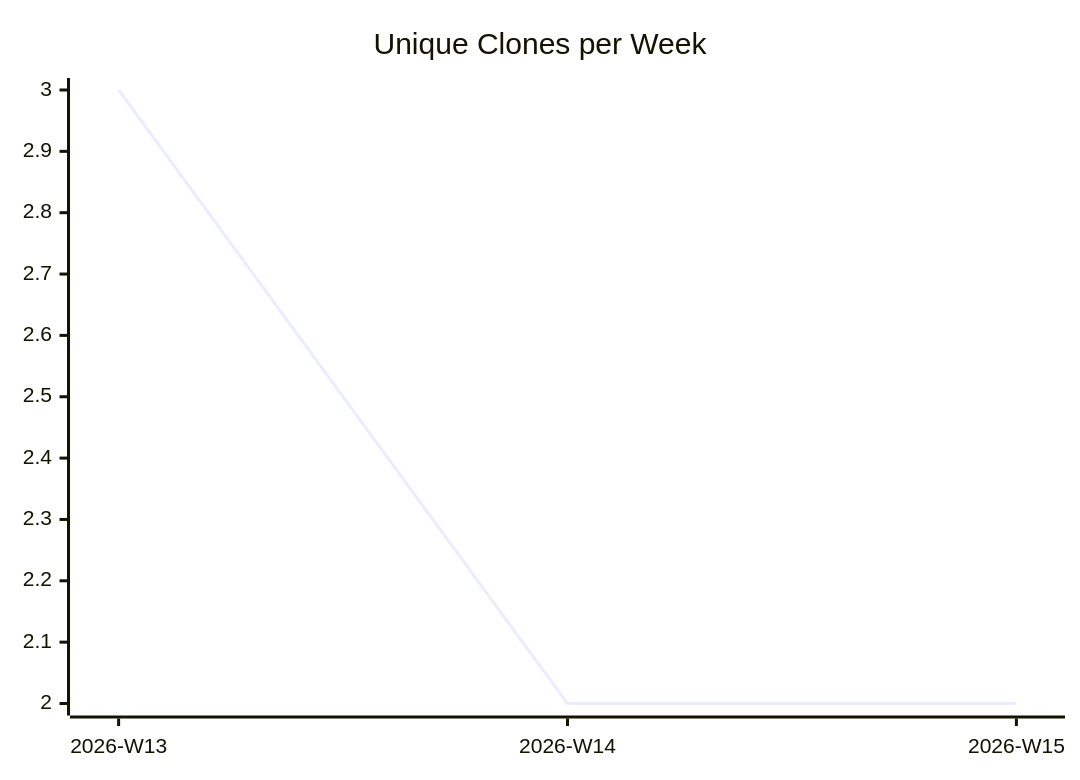
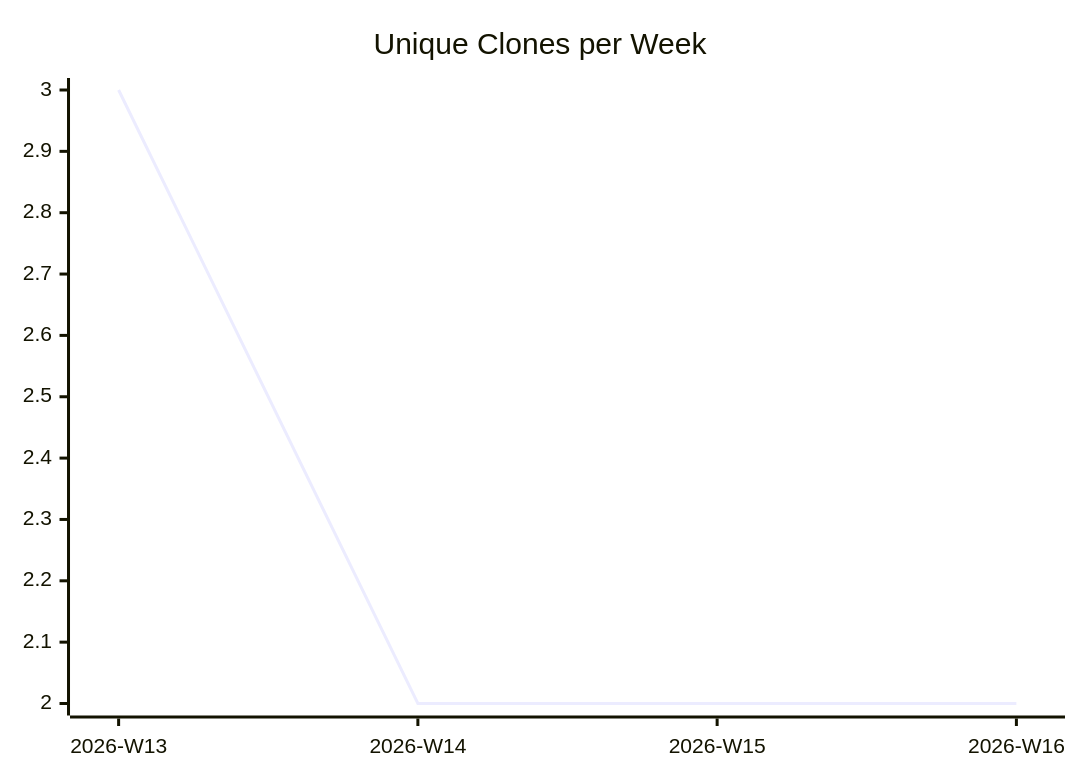
One commit to justdavis-family/github-analytics-data changed the third of 3 diagrams in karlmdavis/can-i-kayak-baltimore/README.md. Above: the diagram before and after it, drawn with Mermaid. The commit also changed other lines of this file and 176 other files, not shown here.

````diff
--- a/karlmdavis/can-i-kayak-baltimore/README.md
+++ b/karlmdavis/can-i-kayak-baltimore/README.md
@@ -19,6 +19,6 @@
 ```mermaid
 xychart-beta
   title "Unique Clones per Week"
-  x-axis ["2026-W13", "2026-W14", "2026-W15"]
-  line [3, 2, 2]
+  x-axis ["2026-W13", "2026-W14", "2026-W15", "2026-W16"]
+  line [3, 2, 2, 2]
 ```
````
